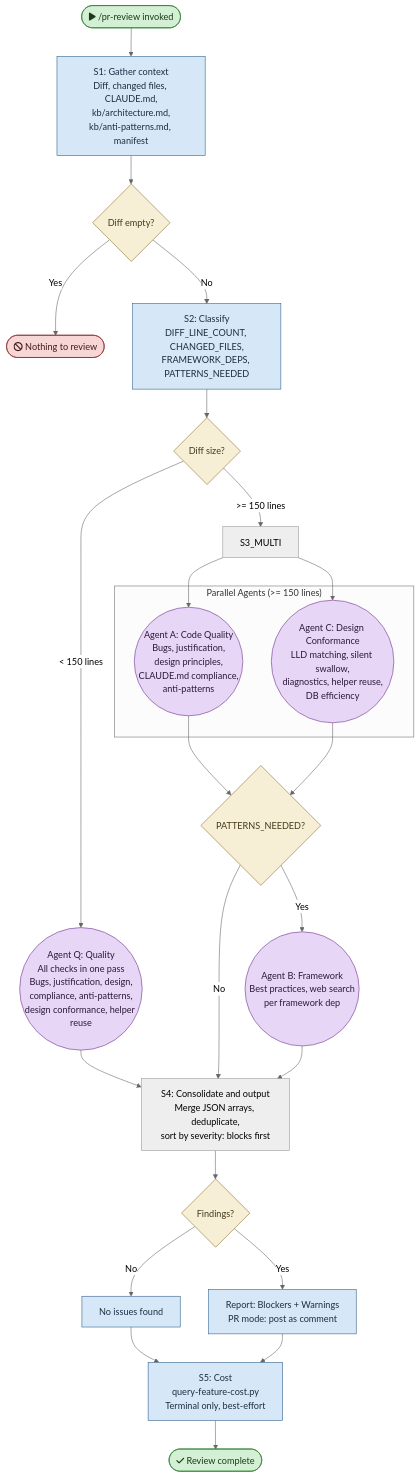
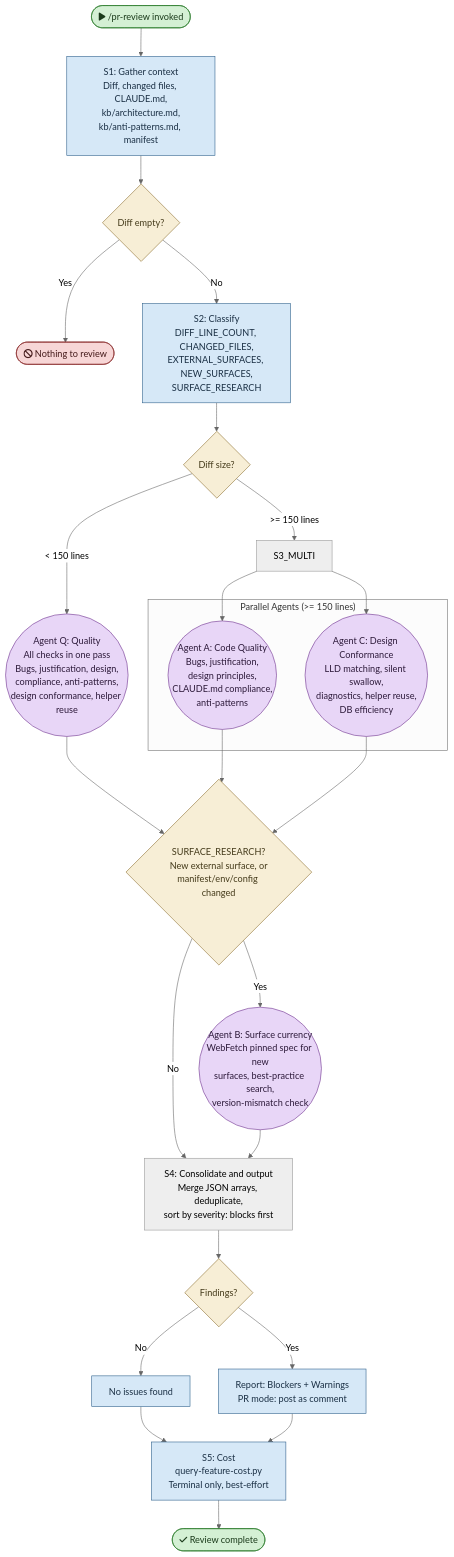
The diagram in plugins/edf/skills/pr-review/flowchart.md (mironyx/engineering-delivery-framework), drawn with Mermaid (neutral theme) before and after one commit. The commit also changed other lines of this file and 9 other files, not shown here.

First line of the commit message:
fix: gate framework-currency research on first use of an external surface (#44)

````diff
--- a/plugins/edf/skills/pr-review/flowchart.md
+++ b/plugins/edf/skills/pr-review/flowchart.md
@@ -5,55 +5,55 @@
 ```mermaid
 flowchart TD
     START(["fa:fa-play /pr-review invoked"]) --> S1
 
     S1["S1: Gather context<br/>Diff, changed files, CLAUDE.md,<br/>kb/architecture.md,<br/>kb/anti-patterns.md, manifest"] --> S1_CHK{"Diff empty?"}
     S1_CHK -->|"Yes"| STOP_EMPTY(["fa:fa-ban Nothing to review"])
     S1_CHK -->|"No"| S2
 
-    S2["S2: Classify<br/>DIFF_LINE_COUNT, CHANGED_FILES,<br/>FRAMEWORK_DEPS, PATTERNS_NEEDED"] --> S2_SIZE{"Diff size?"}
+    S2["S2: Classify<br/>DIFF_LINE_COUNT, CHANGED_FILES,<br/>EXTERNAL_SURFACES, NEW_SURFACES,<br/>SURFACE_RESEARCH"] --> S2_SIZE{"Diff size?"}
 
     S2_SIZE -->|"< 150 lines"| S3_SINGLE
     S2_SIZE -->|">= 150 lines"| S3_MULTI
 
     S3_SINGLE(("Agent Q: Quality<br/>All checks in one pass<br/>Bugs, justification, design,<br/>compliance, anti-patterns,<br/>design conformance, helper reuse"))
 
-    S3_SINGLE --> S4
+    S3_SINGLE --> S3_SURF
 
     subgraph PARALLEL["Parallel Agents (>= 150 lines)"]
         S3A(("Agent A: Code Quality<br/>Bugs, justification,<br/>design principles,<br/>CLAUDE.md compliance,<br/>anti-patterns"))
         S3C(("Agent C: Design Conformance<br/>LLD matching, silent swallow,<br/>diagnostics, helper reuse,<br/>DB efficiency"))
     end
 
     S3_MULTI --> S3A
     S3_MULTI --> S3C
 
-    S3A --> S3_PAT{"PATTERNS_NEEDED?"}
-    S3C --> S3_PAT
-    S3_PAT -->|"Yes"| S3B(("Agent B: Framework<br/>Best practices, web search<br/>per framework dep"))
-    S3_PAT -->|"No"| S4
+    S3A --> S3_SURF{"SURFACE_RESEARCH?<br/>New external surface, or<br/>manifest/env/config changed"}
+    S3C --> S3_SURF
+    S3_SURF -->|"Yes"| S3B(("Agent B: Surface currency<br/>WebFetch pinned spec for new<br/>surfaces, best-practice search,<br/>version-mismatch check"))
+    S3_SURF -->|"No"| S4
     S3B --> S4
 
     S4["S4: Consolidate and output<br/>Merge JSON arrays, deduplicate,<br/>sort by severity: blocks first"] --> S4_FIND{"Findings?"}
     S4_FIND -->|"No"| S4_CLEAN["No issues found"]
     S4_FIND -->|"Yes"| S4_REPORT["Report: Blockers + Warnings<br/>PR mode: post as comment"]
 
     S4_CLEAN --> S5
     S4_REPORT --> S5
 
     S5["S5: Cost<br/>query-feature-cost.py<br/>Terminal only, best-effort"]
 
     S5 --> DONE(["fa:fa-check Review complete"])
 
     %% ── Styles ──
     classDef startend fill:#d4f0d4,stroke:#2d7d2d,color:#1a3a1a
     classDef process fill:#d6e8f7,stroke:#2d5f8a,color:#1a2f44
     classDef agent fill:#e8d6f7,stroke:#6b2d8a,color:#2d1a3a
     classDef decision fill:#f7eed6,stroke:#8a6d2d,color:#443a1a
     classDef stop fill:#f7d6d6,stroke:#8a2d2d,color:#441a1a
 
     class START,DONE startend
     class S1,S2,S4_CLEAN,S4_REPORT,S5 process
     class S3_SINGLE,S3A,S3C,S3B agent
-    class S1_CHK,S2_SIZE,S3_PAT,S4_FIND decision
+    class S1_CHK,S2_SIZE,S3_SURF,S4_FIND decision
     class STOP_EMPTY stop
 ```
````
